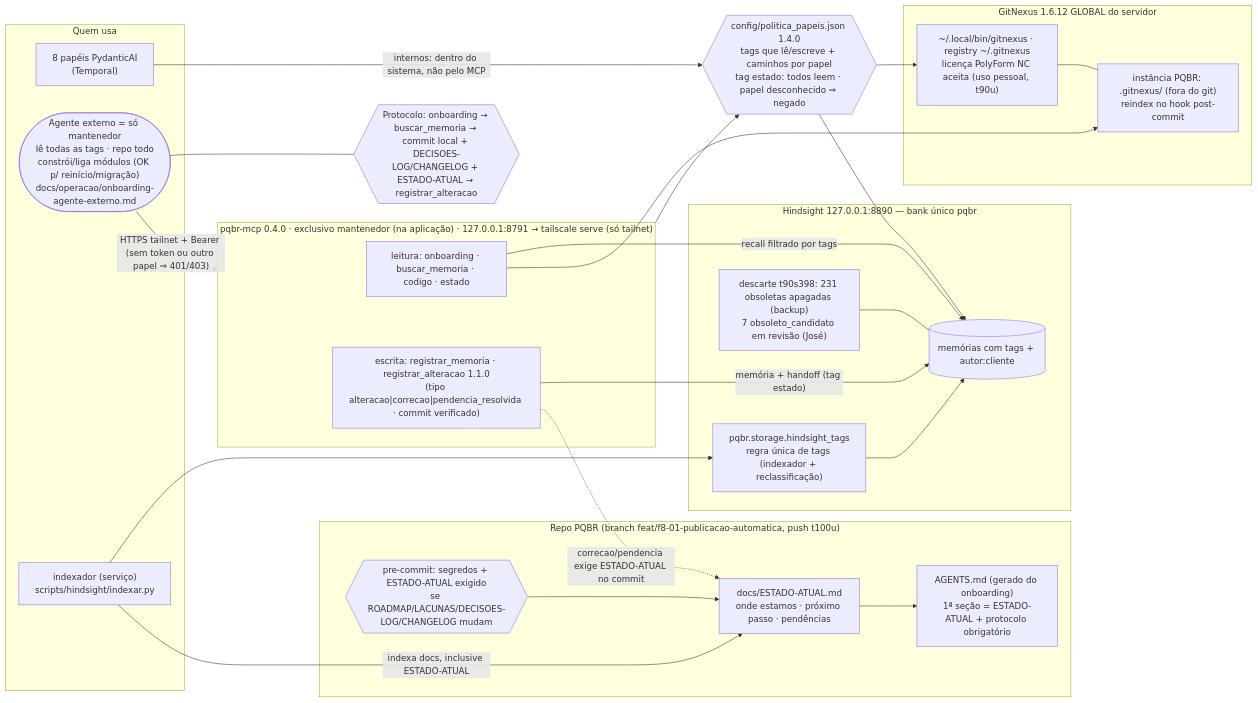
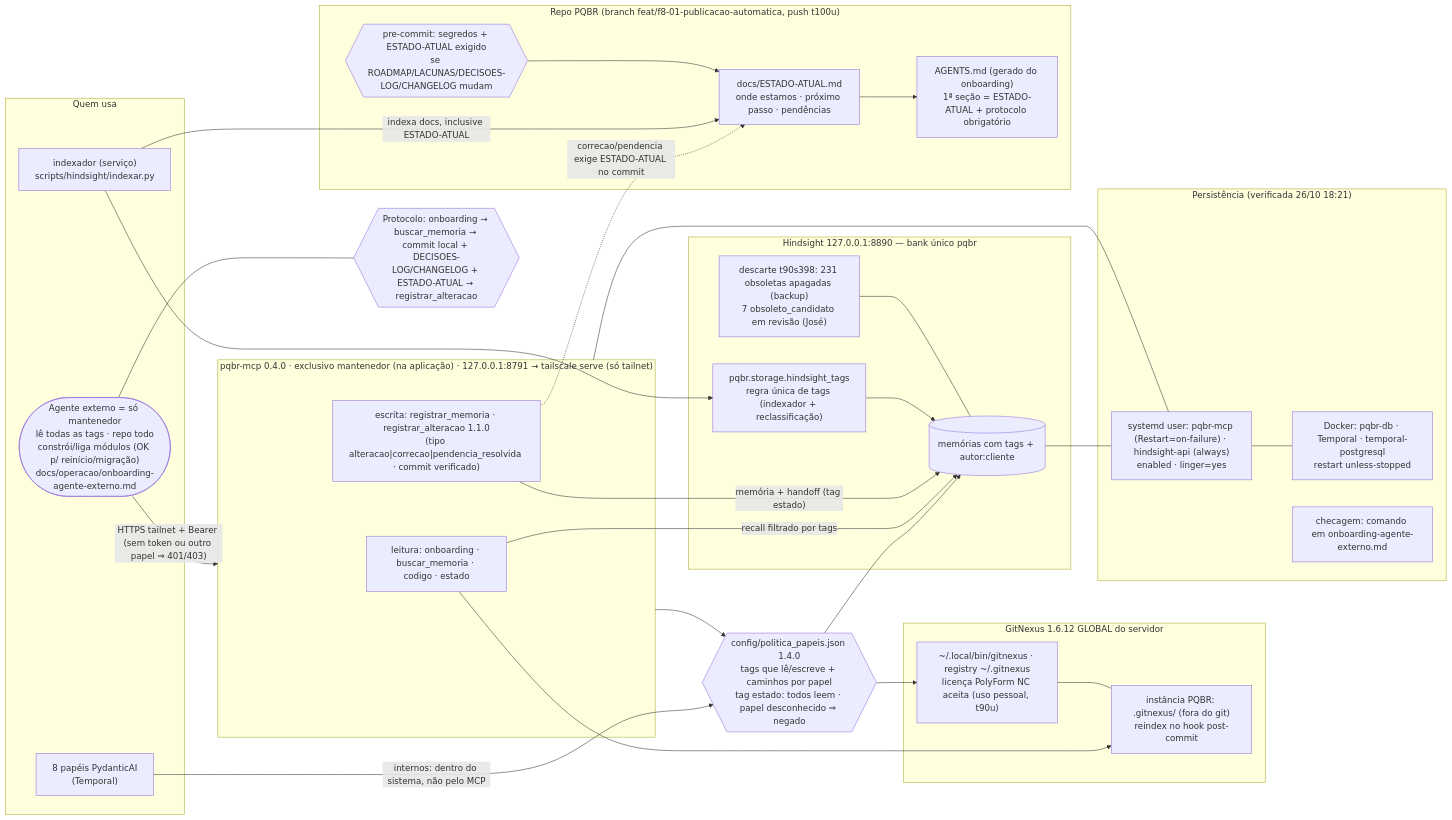
One commit to jvmendesjr/PQBR changed the diagram in docs/mapa/13-memoria-mcp-handoff.mmd. Above: the diagram before and after it, drawn with Mermaid. The commit also changed 11 other files, not shown here.

```diff
--- a/docs/mapa/13-memoria-mcp-handoff.mmd
+++ b/docs/mapa/13-memoria-mcp-handoff.mmd
@@ -1,42 +1,50 @@
 %% Memória, MCP e handoff (t84u–t116u, 26/10/2026). Decisões em DECISOES-LOG; detalhes em ARQUITETURA §12 e docs/ESTADO-ATUAL.md.
 flowchart LR
   subgraph AG["Quem usa"]
     PAP["8 papéis PydanticAI<br/>(Temporal)"]
     EXT(["Agente externo = só mantenedor<br/>lê todas as tags · repo todo<br/>constrói/liga módulos (OK p/ reinício/migração)<br/>docs/operacao/onboarding-agente-externo.md"])
     IDX["indexador (serviço)<br/>scripts/hindsight/indexar.py"]
   end
   POL{{"config/politica_papeis.json 1.4.0<br/>tags que lê/escreve + caminhos por papel<br/>tag estado: todos leem · papel desconhecido ⇒ negado"}}
   subgraph MEM["Hindsight 127.0.0.1:8890 — bank único pqbr"]
     TAGS["pqbr.storage.hindsight_tags<br/>regra única de tags (indexador + reclassificação)"]
     HS[("memórias com tags + autor:cliente")]
     OBS["descarte t90s398: 231 obsoletas apagadas (backup)<br/>7 obsoleto_candidato em revisão (José)"]
   end
   subgraph GN["GitNexus 1.6.12 GLOBAL do servidor"]
     GNX["~/.local/bin/gitnexus · registry ~/.gitnexus<br/>licença PolyForm NC aceita (uso pessoal, t90u)"]
     IDXG["instância PQBR: .gitnexus/ (fora do git)<br/>reindex no hook post-commit"]
   end
   subgraph MCPS["pqbr-mcp 0.4.0 · exclusivo mantenedor (na aplicação) · 127.0.0.1:8791 → tailscale serve (só tailnet)"]
     LEI["leitura: onboarding · buscar_memoria · codigo · estado"]
     ESC["escrita: registrar_memoria · registrar_alteracao 1.1.0<br/>(tipo alteracao|correcao|pendencia_resolvida · commit verificado)"]
   end
   subgraph REPO["Repo PQBR (branch feat/f8-01-publicacao-automatica, push t100u)"]
     EST["docs/ESTADO-ATUAL.md<br/>onde estamos · próximo passo · pendências"]
     AGM["AGENTS.md (gerado do onboarding)<br/>1ª seção = ESTADO-ATUAL + protocolo obrigatório"]
     HK{{"pre-commit: segredos + ESTADO-ATUAL exigido<br/>se ROADMAP/LACUNAS/DECISOES-LOG/CHANGELOG mudam"}}
   end
   EXT -->|"HTTPS tailnet + Bearer (sem token ou outro papel ⇒ 401/403)"| MCPS
   MCPS --> POL
   PAP -->|"internos: dentro do sistema, não pelo MCP"| POL
   POL --> HS & GNX
   LEI -->|"recall filtrado por tags"| HS
   LEI --> IDXG
   ESC -->|"memória + handoff (tag estado)"| HS
   ESC -. "correcao/pendencia exige ESTADO-ATUAL no commit" .-> EST
   IDX --> TAGS --> HS
   IDX -->|"indexa docs, inclusive ESTADO-ATUAL"| EST
   EST --> AGM
   HK --> EST
   OBS --- HS
   GNX --- IDXG
+  subgraph PERS["Persistência (verificada 26/10 18:21)"]
+    UN["systemd user: pqbr-mcp (Restart=on-failure) · hindsight-api (always)<br/>enabled · linger=yes"]
+    CT["Docker: pqbr-db · Temporal · temporal-postgresql<br/>restart unless-stopped"]
+    CHK["checagem: comando em onboarding-agente-externo.md"]
+  end
+  MCPS --- UN
+  HS --- UN
+  UN --- CT
   P{{"Protocolo: onboarding → buscar_memoria → commit local + DECISOES-LOG/CHANGELOG + ESTADO-ATUAL → registrar_alteracao"}}
   EXT --- P
```
